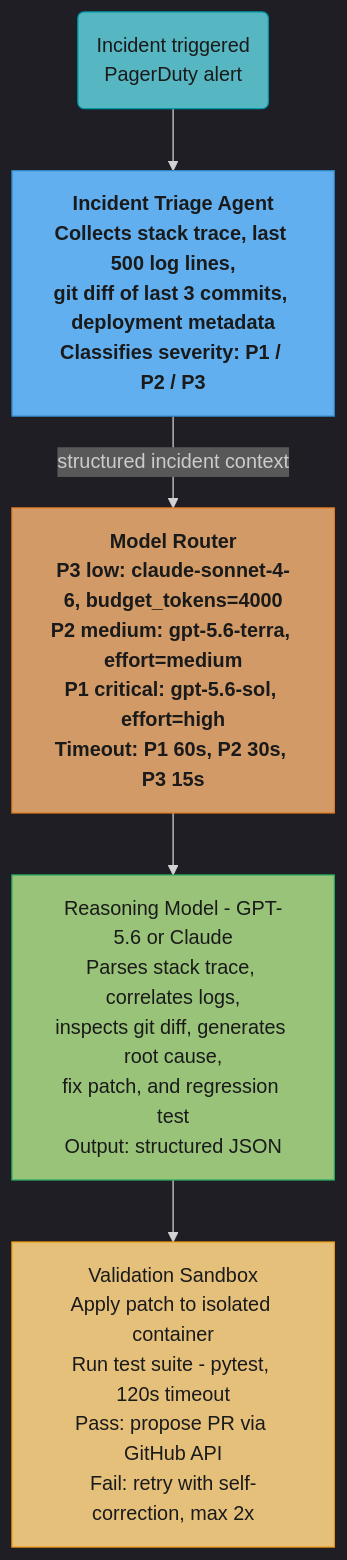
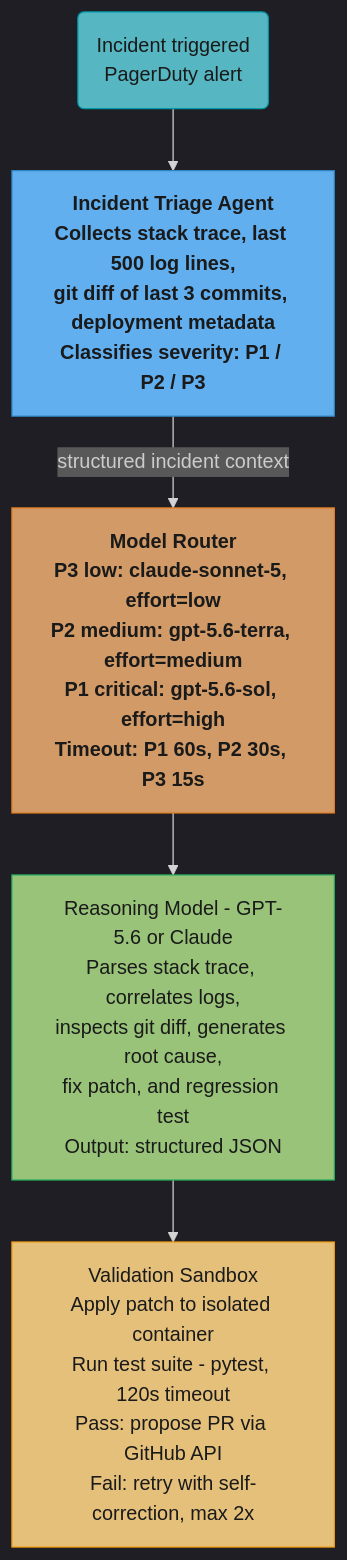
One commit to rppol/system-design changed the third of 3 diagrams in src/main/java/com/rutik/systemdesign/llm/reasoning_models/README.md. Above: the diagram before and after it, drawn with Mermaid. The commit also changed other lines of this file and 7 other files, not shown here.

````diff
--- a/src/main/java/com/rutik/systemdesign/llm/reasoning_models/README.md
+++ b/src/main/java/com/rutik/systemdesign/llm/reasoning_models/README.md
@@ -790,25 +790,25 @@
 ```mermaid
 %%{init: {'flowchart': {'curve': 'basis'}, 'theme': 'dark'}}%%
 flowchart TD
     classDef io      fill:#61afef,stroke:#2e86c1,color:#1a1a1a,font-weight:bold
     classDef frozen  fill:#c678dd,stroke:#9b59b6,color:#fff
     classDef train   fill:#98c379,stroke:#27ae60,color:#1a1a1a
     classDef mathOp  fill:#d19a66,stroke:#e67e22,color:#1a1a1a,font-weight:bold
     classDef lossN   fill:#e06c75,stroke:#c0392b,color:#fff,font-weight:bold
     classDef req     fill:#56b6c2,stroke:#0097a7,color:#1a1a1a
     classDef base    fill:#e5c07b,stroke:#f39c12,color:#1a1a1a
 
     TRIGGER("Incident triggered<br/>PagerDuty alert")
     TRIAGE["Incident Triage Agent<br/>Collects stack trace, last 500 log lines,<br/>git diff of last 3 commits, deployment metadata<br/>Classifies severity: P1 / P2 / P3"]
-    ROUTER["Model Router<br/>P3 low: claude-sonnet-4-6, budget_tokens=4000<br/>P2 medium: gpt-5.6-terra, effort=medium<br/>P1 critical: gpt-5.6-sol, effort=high<br/>Timeout: P1 60s, P2 30s, P3 15s"]
+    ROUTER["Model Router<br/>P3 low: claude-sonnet-5, effort=low<br/>P2 medium: gpt-5.6-terra, effort=medium<br/>P1 critical: gpt-5.6-sol, effort=high<br/>Timeout: P1 60s, P2 30s, P3 15s"]
     REASON["Reasoning Model - GPT-5.6 or Claude<br/>Parses stack trace, correlates logs,<br/>inspects git diff, generates root cause,<br/>fix patch, and regression test<br/>Output: structured JSON"]
     VALID["Validation Sandbox<br/>Apply patch to isolated container<br/>Run test suite - pytest, 120s timeout<br/>Pass: propose PR via GitHub API<br/>Fail: retry with self-correction, max 2x"]
 
     TRIGGER --> TRIAGE -- "structured incident context" --> ROUTER --> REASON --> VALID
 
     class TRIGGER req
     class TRIAGE io
     class ROUTER mathOp
     class REASON train
     class VALID base
 ```
````
